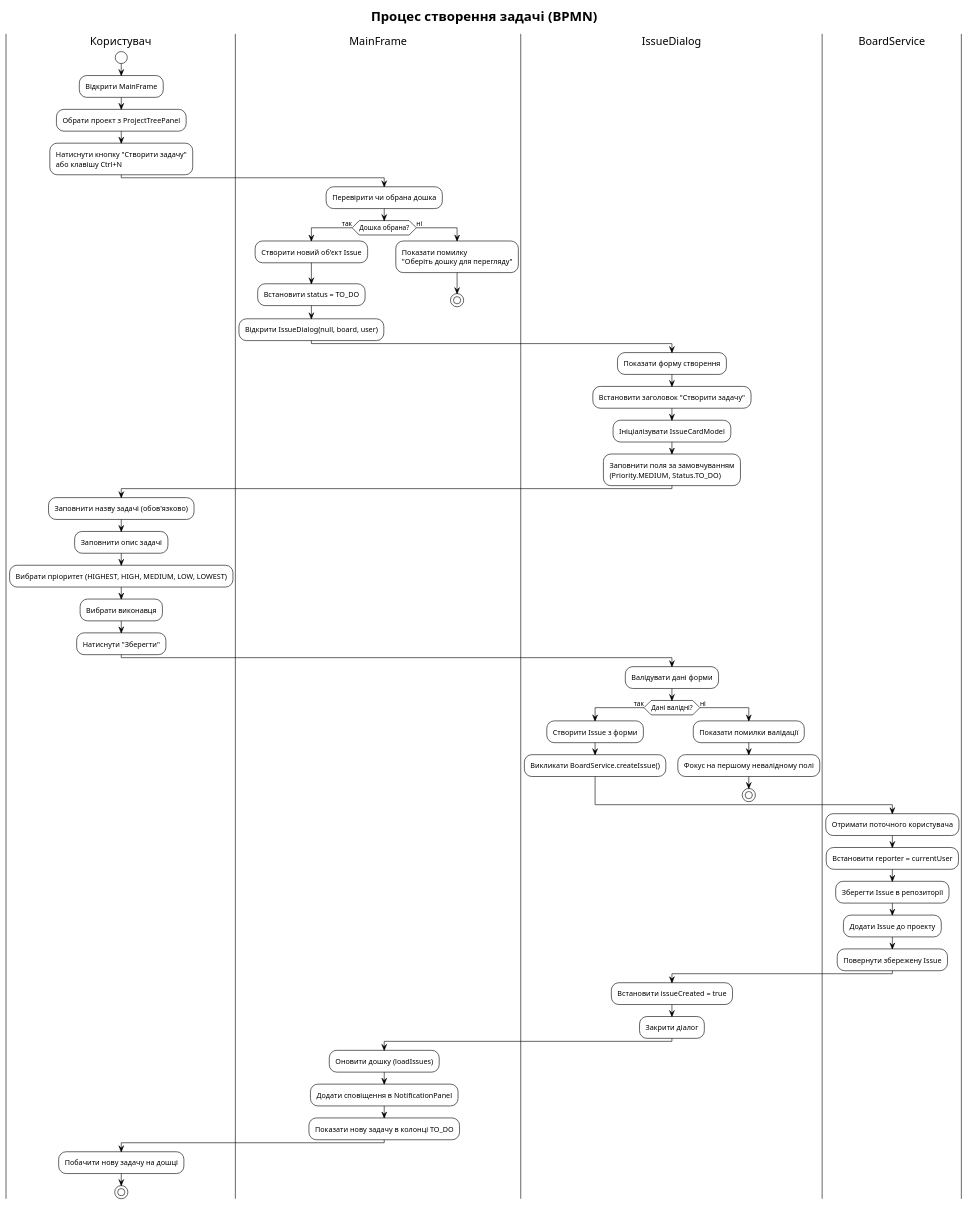
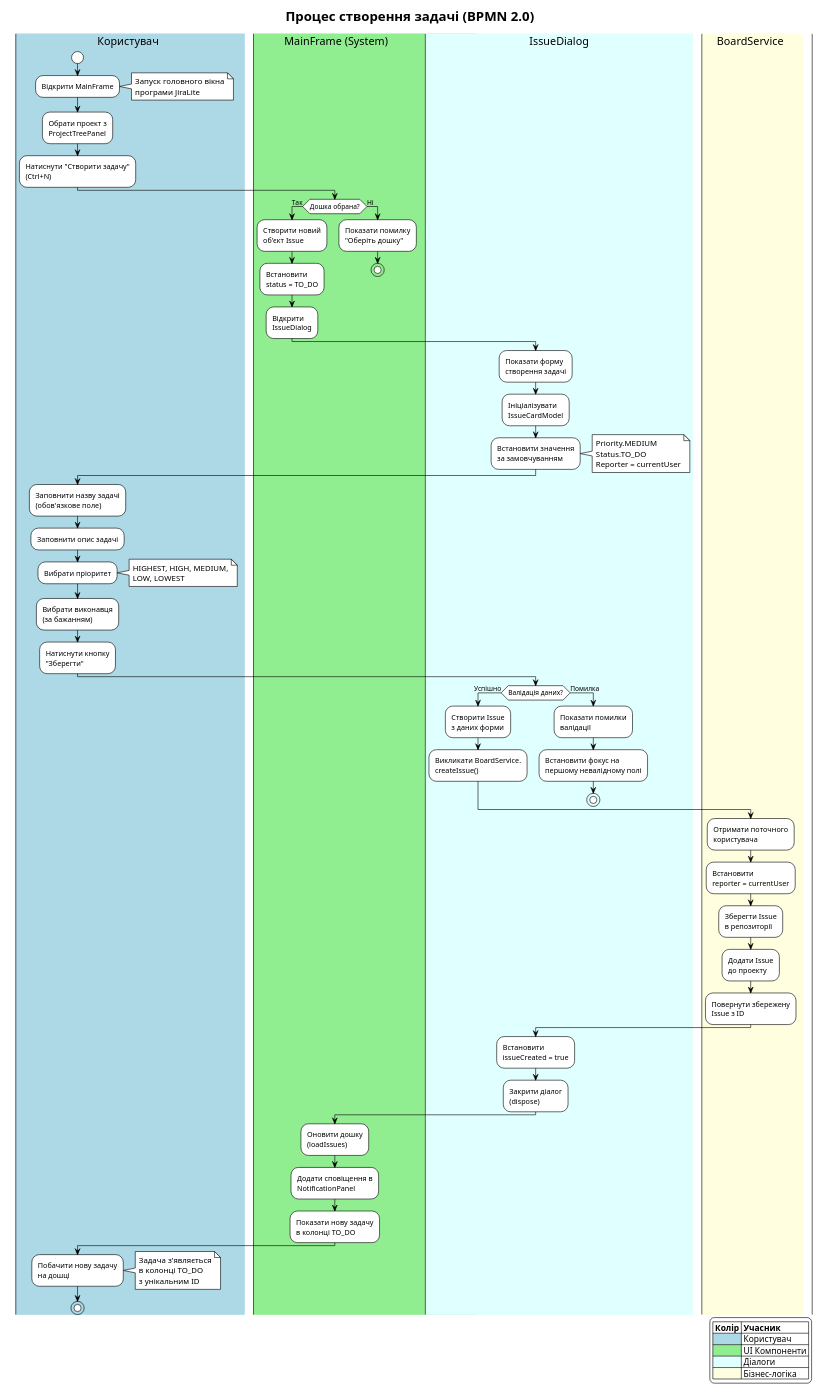
One commit to trubchinin/jira-light changed the diagram in UML/bpmn_create_issue.puml. Above: the diagram before and after it, drawn with PlantUML. The commit also changed 1 other file, not shown here.

Commit message:
Перероблено BPMN діаграму в стилі Bizagi Modeler
- Додано кольорові swimlanes для різних учасників процесу
- Використано BPMN 2.0 нотацію з професійним виглядом
- Додано детальні заметки для ключових етапів
- Створено легенду з кольоровим кодуванням
- Поліпшено читабельність та структуру діаграми
- Діаграма тепер виглядає як створена в Bizagi Modeler

```diff
--- a/UML/bpmn_create_issue.puml
+++ b/UML/bpmn_create_issue.puml
@@ -1,69 +1,93 @@
 @startuml bpmn_create_issue
 !theme plain
 skinparam backgroundColor white
 skinparam defaultFontName Arial
+skinparam swimlaneWidth same
 
-title Процес створення задачі (BPMN)
+title Процес створення задачі (BPMN 2.0)
 
-|Користувач|
+|#LightBlue|Користувач|
 start
 :Відкрити MainFrame;
-:Обрати проект з ProjectTreePanel;
-:Натиснути кнопку "Створити задачу"\nабо клавішу Ctrl+N;
+note right
+  Запуск головного вікна
+  програми JiraLite
+end note
+:Обрати проект з\nProjectTreePanel;
+:Натиснути "Створити задачу"\n(Ctrl+N);
 
-|MainFrame|
-:Перевірити чи обрана дошка;
-if (Дошка обрана?) then (так)
-  :Створити новий об'єкт Issue;
-  :Встановити status = TO_DO;
-  :Відкрити IssueDialog(null, board, user);
-else (ні)
-  :Показати помилку\n"Оберіть дошку для перегляду";
+|#LightGreen|MainFrame (System)|
+if (Дошка обрана?) then (Так)
+  :Створити новий\nоб'єкт Issue;
+  :Встановити\nstatus = TO_DO;
+  :Відкрити\nIssueDialog;
+else (Ні)
+  :Показати помилку\n"Оберіть дошку";
   stop
 endif
 
-|IssueDialog|
-:Показати форму створення;
-:Встановити заголовок "Створити задачу";
-:Ініціалізувати IssueCardModel;
-:Заповнити поля за замовчуванням\n(Priority.MEDIUM, Status.TO_DO);
+|#LightCyan|IssueDialog|
+:Показати форму\nстворення задачі;
+:Ініціалізувати\nIssueCardModel;
+:Встановити значення\nза замовчуванням;
+note right
+  Priority.MEDIUM
+  Status.TO_DO
+  Reporter = currentUser
+end note
 
-|Користувач|
-:Заповнити назву задачі (обов'язково);
+|#LightBlue|Користувач|
+:Заповнити назву задачі\n(обов'язкове поле);
 :Заповнити опис задачі;
-:Вибрати пріоритет (HIGHEST, HIGH, MEDIUM, LOW, LOWEST);
-:Вибрати виконавця;
-:Натиснути "Зберегти";
+:Вибрати пріоритет;
+note right
+  HIGHEST, HIGH, MEDIUM,
+  LOW, LOWEST
+end note
+:Вибрати виконавця\n(за бажанням);
+:Натиснути кнопку\n"Зберегти";
 
-|IssueDialog|
-:Валідувати дані форми;
-if (Дані валідні?) then (так)
-  :Створити Issue з форми;
-  :Викликати BoardService.createIssue();
-else (ні)
-  :Показати помилки валідації;
-  :Фокус на першому невалідному полі;
+|#LightCyan|IssueDialog|
+if (Валідація даних?) then (Успішно)
+  :Створити Issue\nз даних форми;
+  :Викликати BoardService.\ncreateIssue();
+else (Помилка)
+  :Показати помилки\nвалідації;
+  :Встановити фокус на\nпершому невалідному полі;
   stop
 endif
 
-|BoardService|
-:Отримати поточного користувача;
-:Встановити reporter = currentUser;
-:Зберегти Issue в репозиторії;
-:Додати Issue до проекту;
-:Повернути збережену Issue;
+|#LightYellow|BoardService|
+:Отримати поточного\nкористувача;
+:Встановити\nreporter = currentUser;
+:Зберегти Issue\nв репозиторії;
+:Додати Issue\nдо проекту;
+:Повернути збережену\nIssue з ID;
 
-|IssueDialog|
-:Встановити issueCreated = true;
-:Закрити діалог;
+|#LightCyan|IssueDialog|
+:Встановити\nissueCreated = true;
+:Закрити діалог\n(dispose);
 
-|MainFrame|
-:Оновити дошку (loadIssues);
-:Додати сповіщення в NotificationPanel;
-:Показати нову задачу в колонці TO_DO;
+|#LightGreen|MainFrame (System)|
+:Оновити дошку\n(loadIssues);
+:Додати сповіщення в\nNotificationPanel;
+:Показати нову задачу\nв колонці TO_DO;
 
-|Користувач|
-:Побачити нову задачу на дошці;
+|#LightBlue|Користувач|
+:Побачити нову задачу\nна дошці;
+note right
+  Задача з'являється
+  в колонці TO_DO
+  з унікальним ID
+end note
 stop
 
+legend right
+  |= Колір |= Учасник |
+  |<#LightBlue>| Користувач |
+  |<#LightGreen>| UI Компоненти |
+  |<#LightCyan>| Діалоги |
+  |<#LightYellow>| Бізнес-логіка |
+endlegend
+
 @enduml
```
